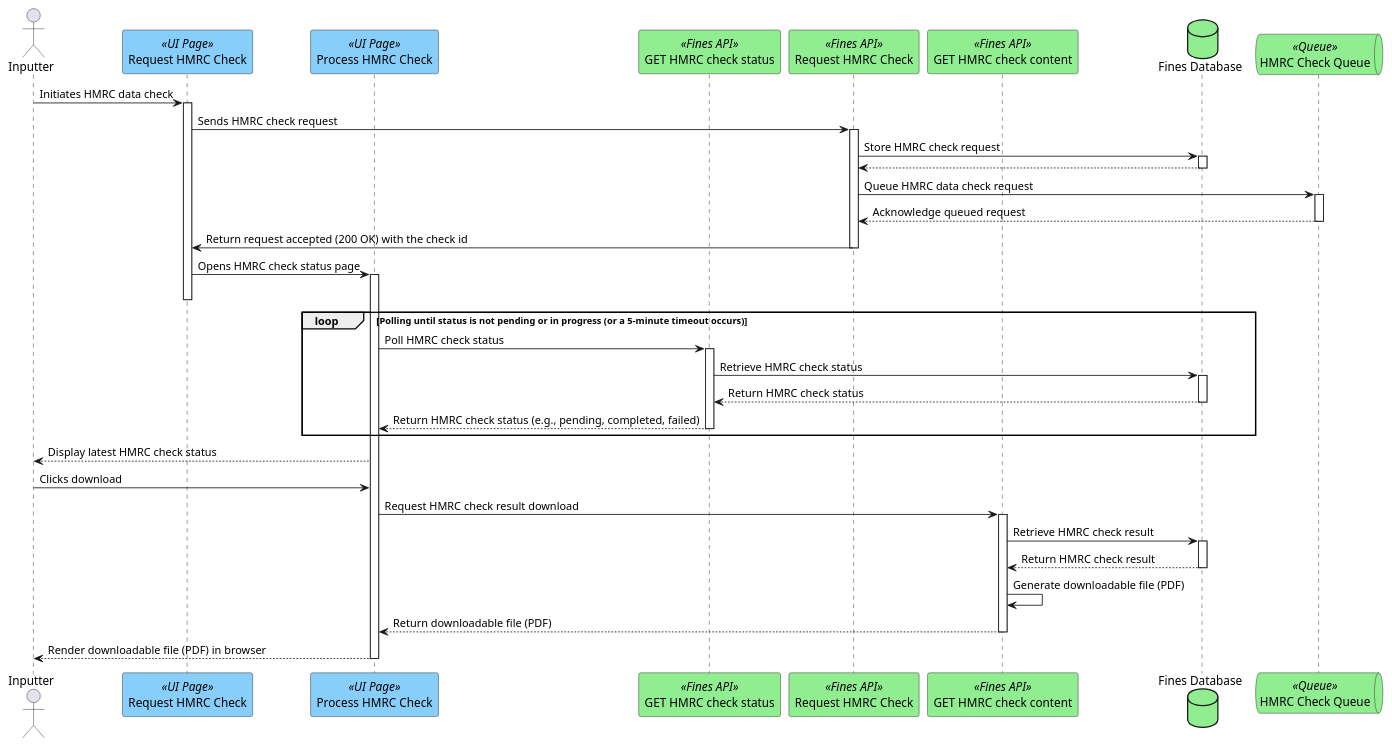
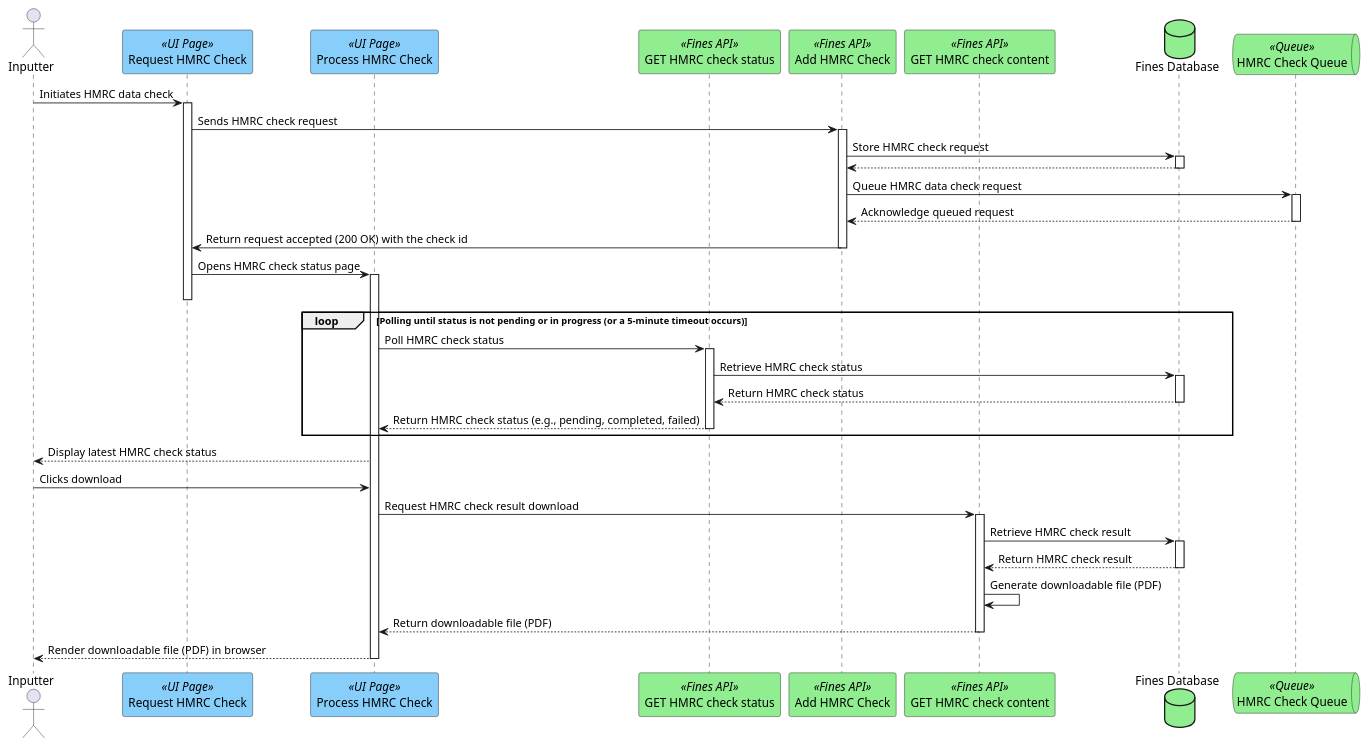
One commit to hmcts/opal-docs changed the diagram in plantUML/hmrc-check/hmrc-check.puml. Above: the diagram before and after it, drawn with PlantUML. The commit also changed 1 other file, not shown here.

Commit message:
HMRC update to align BE api names

```diff
--- a/plantUML/hmrc-check/hmrc-check.puml
+++ b/plantUML/hmrc-check/hmrc-check.puml
@@ -1,41 +1,41 @@
 @startuml
 actor "Inputter" as user
 
 participant "Request HMRC Check" as requestHmrcCheckUI <<UI Page>> #lightskyblue
 participant "Process HMRC Check" as processHmrcCheckUI <<UI Page>> #lightskyblue
 participant "GET HMRC check status" as hmrcCheckStatusAPI <<Fines API>> #lightgreen
-participant "Request HMRC Check" as requestHmrcCheck <<Fines API>> #lightgreen
+participant "Add HMRC Check" as requestHmrcCheck <<Fines API>> #lightgreen
 participant "GET HMRC check content" as downloadHmrcCheckResult <<Fines API>> #lightgreen
 database "Fines Database" as db #lightgreen
 queue "HMRC Check Queue" as hmrcQueue <<Queue>> #lightgreen
 
 
 user -> requestHmrcCheckUI ++ : Initiates HMRC data check
 requestHmrcCheckUI -> requestHmrcCheck ++ : Sends HMRC check request
 requestHmrcCheck -> db ++ : Store HMRC check request
 db --> requestHmrcCheck --
 requestHmrcCheck -> hmrcQueue ++ : Queue HMRC data check request
 hmrcQueue --> requestHmrcCheck -- : Acknowledge queued request
 requestHmrcCheck -> requestHmrcCheckUI -- : Return request accepted (200 OK) with the check id
 
 requestHmrcCheckUI -> processHmrcCheckUI ++ : Opens HMRC check status page
 requestHmrcCheckUI--
 loop Polling until status is not pending or in progress (or a 5-minute timeout occurs)
     processHmrcCheckUI -> hmrcCheckStatusAPI ++ : Poll HMRC check status
     hmrcCheckStatusAPI -> db ++ : Retrieve HMRC check status
     db --> hmrcCheckStatusAPI -- : Return HMRC check status
     hmrcCheckStatusAPI --> processHmrcCheckUI -- : Return HMRC check status (e.g., pending, completed, failed)
 end
 
 processHmrcCheckUI --> user : Display latest HMRC check status
 
 user -> processHmrcCheckUI  : Clicks download
 processHmrcCheckUI -> downloadHmrcCheckResult ++ : Request HMRC check result download
 downloadHmrcCheckResult -> db ++ : Retrieve HMRC check result
 db --> downloadHmrcCheckResult -- : Return HMRC check result
 downloadHmrcCheckResult -> downloadHmrcCheckResult : Generate downloadable file (PDF)
 downloadHmrcCheckResult --> processHmrcCheckUI -- : Return downloadable file (PDF)
 processHmrcCheckUI --> user -- : Render downloadable file (PDF) in browser
 
 
 @enduml
```
